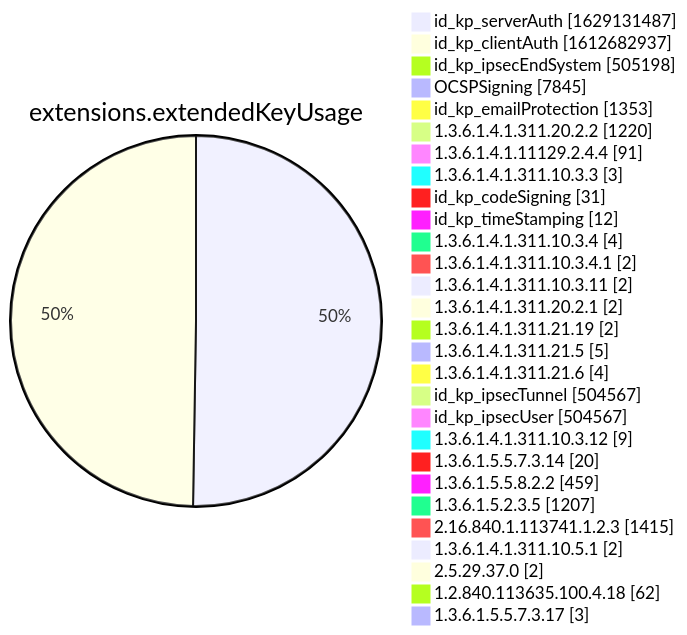
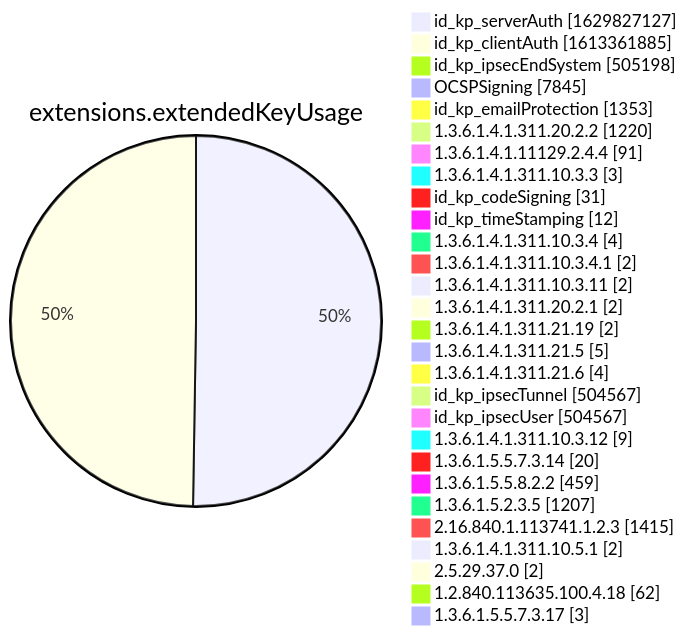
Diagram 12 of 15 in xenon2022/README.md (christiankrug/ctmonitor_visualization), drawn with Mermaid before and after one commit. The commit also changed other lines of this file, not shown here.

````diff
--- a/xenon2022/README.md
+++ b/xenon2022/README.md
@@ -3886,32 +3886,32 @@
 ```mermaid
 pie showData
 title extensions.extendedKeyUsage
-"id_kp_serverAuth" :1629131487
-"id_kp_clientAuth" :1612682937
+"id_kp_serverAuth" :1629827127
+"id_kp_clientAuth" :1613361885
 "id_kp_ipsecEndSystem" :505198
 "OCSPSigning" :7845
 "id_kp_emailProtection" :1353
 "1.3.6.1.4.1.311.20.2.2" :1220
 "1.3.6.1.4.1.11129.2.4.4" :91
 "1.3.6.1.4.1.311.10.3.3" :3
 "id_kp_codeSigning" :31
 "id_kp_timeStamping" :12
 "1.3.6.1.4.1.311.10.3.4" :4
 "1.3.6.1.4.1.311.10.3.4.1" :2
 "1.3.6.1.4.1.311.10.3.11" :2
 "1.3.6.1.4.1.311.20.2.1" :2
 "1.3.6.1.4.1.311.21.19" :2
 "1.3.6.1.4.1.311.21.5" :5
 "1.3.6.1.4.1.311.21.6" :4
 "id_kp_ipsecTunnel" :504567
 "id_kp_ipsecUser" :504567
 "1.3.6.1.4.1.311.10.3.12" :9
 "1.3.6.1.5.5.7.3.14" :20
 "1.3.6.1.5.5.8.2.2" :459
 "1.3.6.1.5.2.3.5" :1207
 "2.16.840.1.113741.1.2.3" :1415
 "1.3.6.1.4.1.311.10.5.1" :2
 "2.5.29.37.0" :2
 "1.2.840.113635.100.4.18" :62
 "1.3.6.1.5.5.7.3.17" :3
 ```
````
